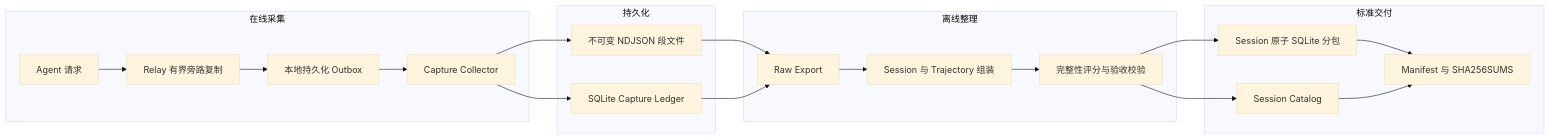
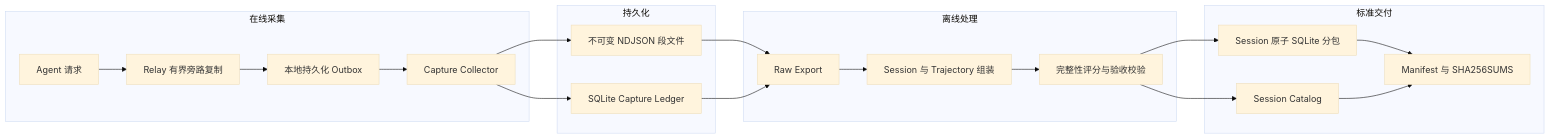
Before and after one commit to XS-MLVP/ChipTrace: the diagram in README.md, drawn with Mermaid (base theme). The commit also changed other lines of this file and 30 other files, not shown here.

````diff
--- a/README.md
+++ b/README.md
@@ -26,27 +21,27 @@
 ```mermaid
 flowchart LR
     subgraph online[在线采集]
         A[Agent 请求] --> B[Relay 有界旁路复制]
         B --> C[本地持久化 Outbox]
         C --> D[Capture Collector]
     end
 
     subgraph storage[持久化]
         D --> E[不可变 NDJSON 段文件]
         D --> F[SQLite Capture Ledger]
     end
 
-    subgraph processing[离线整理]
+    subgraph processing[离线处理]
         E --> G[Raw Export]
         F --> G
         G --> H[Session 与 Trajectory 组装]
         H --> I[完整性评分与验收校验]
     end
 
     subgraph delivery[标准交付]
         I --> J[Session 原子 SQLite 分包]
         I --> K[Session Catalog]
         J --> L[Manifest 与 SHA256SUMS]
         K --> L
     end
 ```
````
